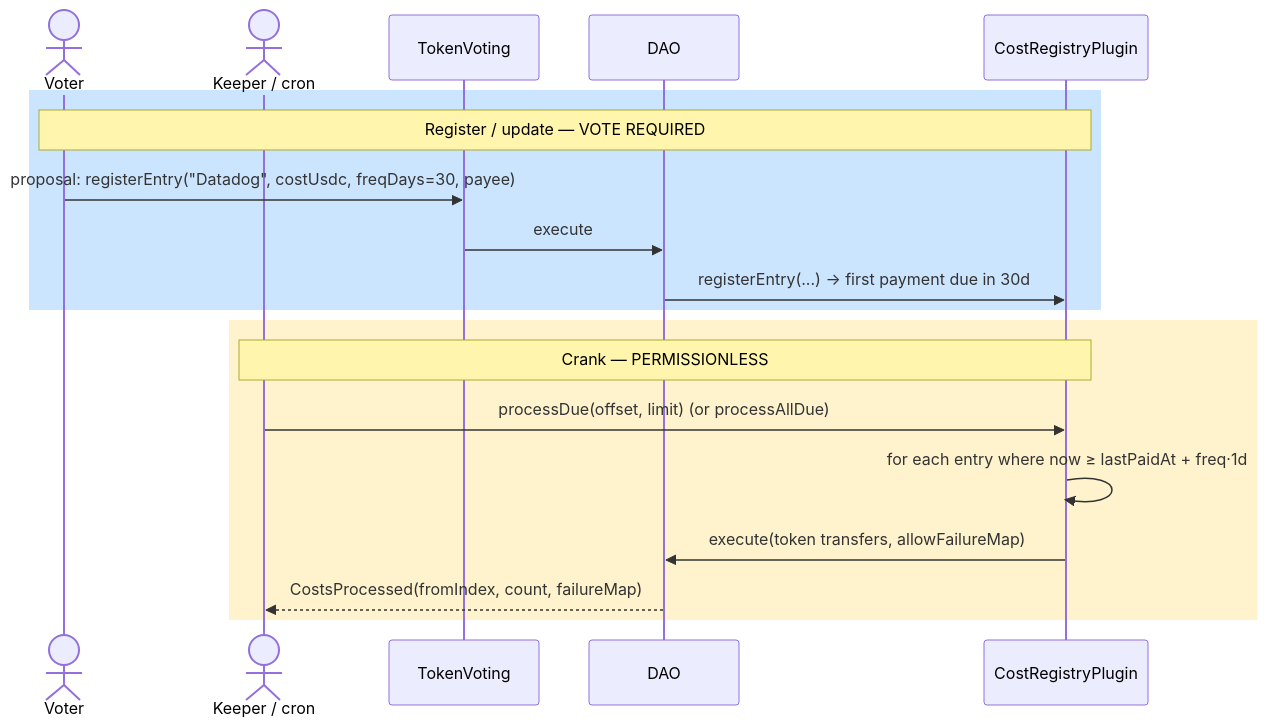
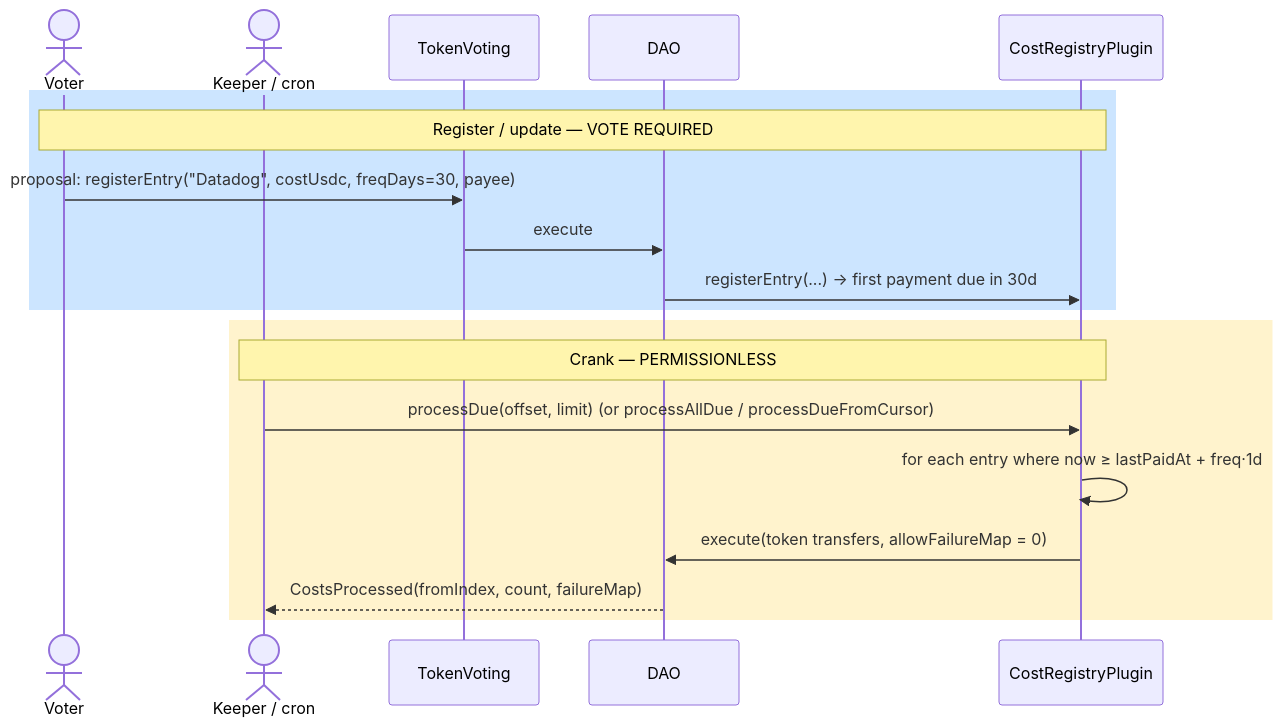
Before and after one commit to CyberdyneCorp/cyberdyne_dao_contracts: the seventh of 7 diagrams in docs/plugins/FEATURES.md, drawn with Mermaid. The commit also changed other lines of this file and 10 other files, not shown here.

````diff
--- a/docs/plugins/FEATURES.md
+++ b/docs/plugins/FEATURES.md
@@ -377,23 +387,23 @@
 ```mermaid
 sequenceDiagram
     actor V as Voter
     actor K as Keeper / cron
     participant TV as TokenVoting
     participant D as DAO
     participant CR as CostRegistryPlugin
 
     rect rgb(204, 229, 255)
         Note over V,CR: Register / update — VOTE REQUIRED
         V->>TV: proposal: registerEntry("Datadog", costUsdc, freqDays=30, payee)
         TV->>D: execute
         D->>CR: registerEntry(...) → first payment due in 30d
     end
 
     rect rgb(255, 243, 205)
         Note over K,CR: Crank — PERMISSIONLESS
-        K->>CR: processDue(offset, limit)  (or processAllDue)
+        K->>CR: processDue(offset, limit)  (or processAllDue / processDueFromCursor)
         CR->>CR: for each entry where now ≥ lastPaidAt + freq·1d
-        CR->>D: execute(token transfers, allowFailureMap)
+        CR->>D: execute(token transfers, allowFailureMap = 0)
         D-->>K: CostsProcessed(fromIndex, count, failureMap)
     end
 ```
````
